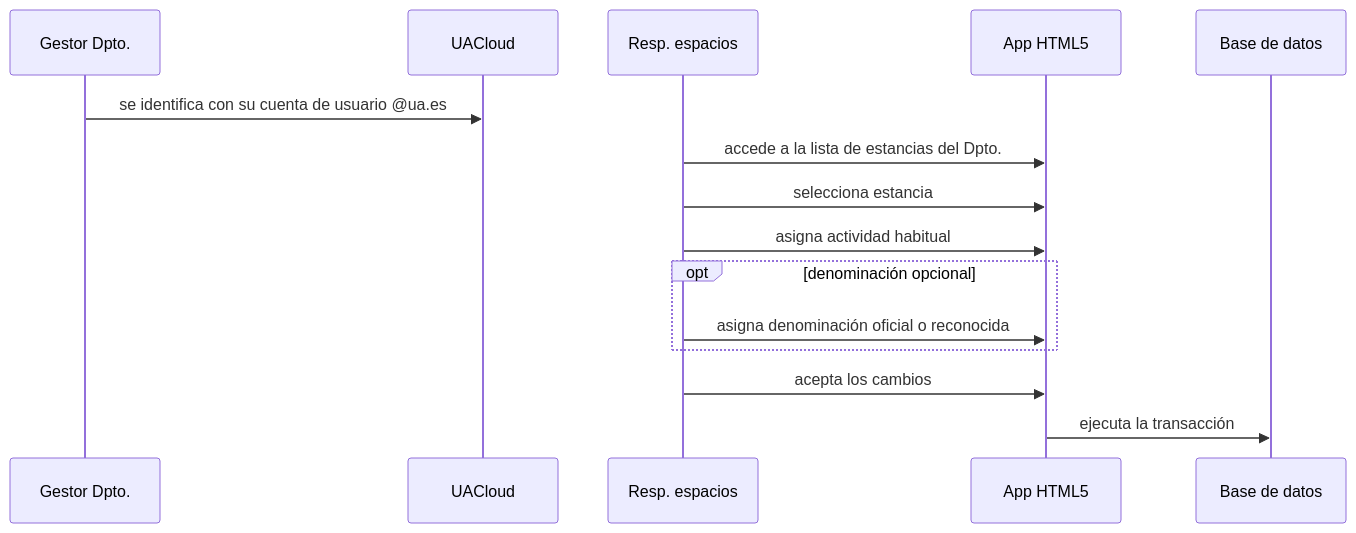
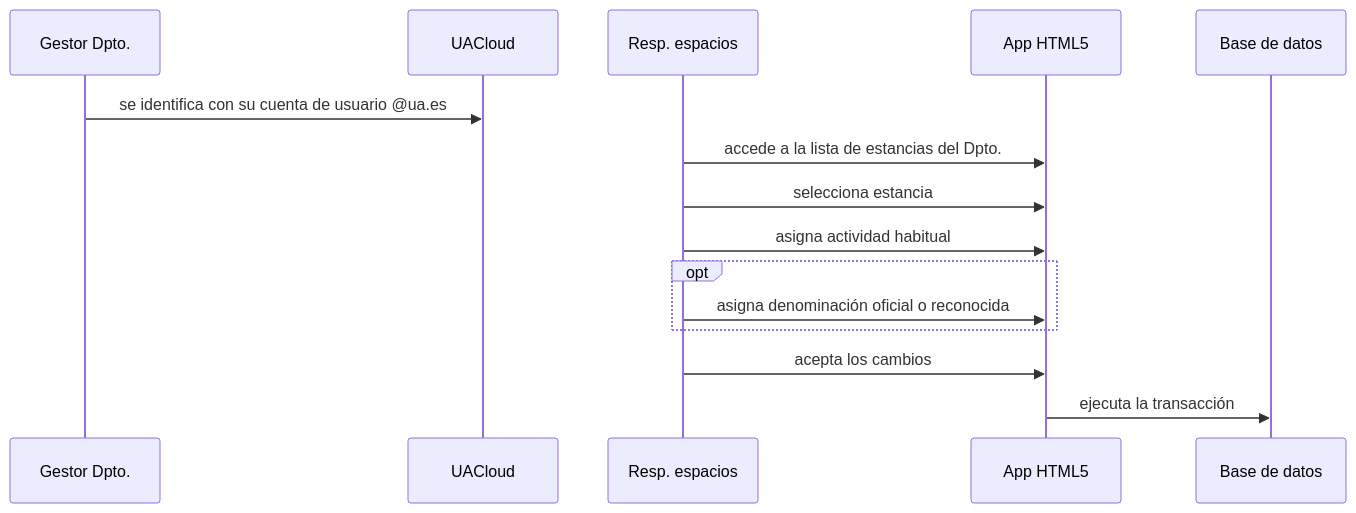
The diagram in ds03.md (labgeo/ua-mods), drawn with Mermaid before and after one commit.

```diff
--- a/ds03.md
+++ b/ds03.md
@@ -5,12 +5,12 @@
 {% mermaid %}
 sequenceDiagram;
   Gestor Dpto.->>UACloud: se identifica con su cuenta de usuario @ua.es;
   Resp. espacios->>App HTML5: accede a la lista de estancias del Dpto.;
   Resp. espacios->>App HTML5: selecciona estancia;
   Resp. espacios->>App HTML5: asigna actividad habitual;
-  opt denominación opcional
+  opt 
     Resp. espacios->>App HTML5: asigna denominación oficial o reconocida;
   end
   Resp. espacios->>App HTML5: acepta los cambios;
   App HTML5->>Base de datos: ejecuta la transacción;
 {% endmermaid %}
```
